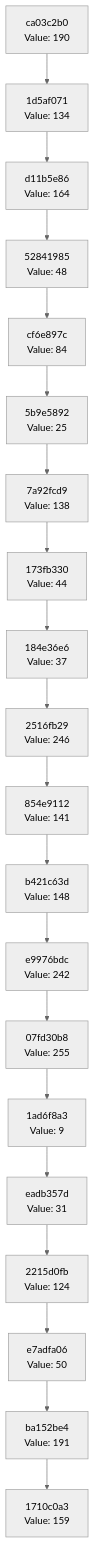
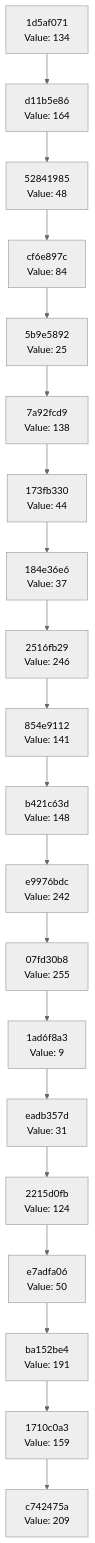
The diagram in docs/CHAIN_VISUALIZATION.md (Abhisheksinha1506/hash-chain-evolver), drawn with Mermaid (neutral theme) before and after one commit. The commit also changed 1 other file, not shown here.

Commit message:
Evolution Step

````diff
--- a/docs/CHAIN_VISUALIZATION.md
+++ b/docs/CHAIN_VISUALIZATION.md
@@ -3,42 +3,42 @@
 ```mermaid
 graph TD
-    C0["1710c0a3<br/>Value: 159"]
-    C1["ba152be4<br/>Value: 191"]
+    C0["c742475a<br/>Value: 209"]
+    C1["1710c0a3<br/>Value: 159"]
     C1 --> C0
-    C2["e7adfa06<br/>Value: 50"]
+    C2["ba152be4<br/>Value: 191"]
     C2 --> C1
-    C3["2215d0fb<br/>Value: 124"]
+    C3["e7adfa06<br/>Value: 50"]
     C3 --> C2
-    C4["eadb357d<br/>Value: 31"]
+    C4["2215d0fb<br/>Value: 124"]
     C4 --> C3
-    C5["1ad6f8a3<br/>Value: 9"]
+    C5["eadb357d<br/>Value: 31"]
     C5 --> C4
-    C6["07fd30b8<br/>Value: 255"]
+    C6["1ad6f8a3<br/>Value: 9"]
     C6 --> C5
-    C7["e9976bdc<br/>Value: 242"]
+    C7["07fd30b8<br/>Value: 255"]
     C7 --> C6
-    C8["b421c63d<br/>Value: 148"]
+    C8["e9976bdc<br/>Value: 242"]
     C8 --> C7
-    C9["854e9112<br/>Value: 141"]
+    C9["b421c63d<br/>Value: 148"]
     C9 --> C8
-    C10["2516fb29<br/>Value: 246"]
+    C10["854e9112<br/>Value: 141"]
     C10 --> C9
-    C11["184e36e6<br/>Value: 37"]
+    C11["2516fb29<br/>Value: 246"]
     C11 --> C10
-    C12["173fb330<br/>Value: 44"]
+    C12["184e36e6<br/>Value: 37"]
     C12 --> C11
-    C13["7a92fcd9<br/>Value: 138"]
+    C13["173fb330<br/>Value: 44"]
     C13 --> C12
-    C14["5b9e5892<br/>Value: 25"]
+    C14["7a92fcd9<br/>Value: 138"]
     C14 --> C13
-    C15["cf6e897c<br/>Value: 84"]
+    C15["5b9e5892<br/>Value: 25"]
     C15 --> C14
-    C16["52841985<br/>Value: 48"]
+    C16["cf6e897c<br/>Value: 84"]
     C16 --> C15
-    C17["d11b5e86<br/>Value: 164"]
+    C17["52841985<br/>Value: 48"]
     C17 --> C16
-    C18["1d5af071<br/>Value: 134"]
+    C18["d11b5e86<br/>Value: 164"]
     C18 --> C17
-    C19["ca03c2b0<br/>Value: 190"]
+    C19["1d5af071<br/>Value: 134"]
     C19 --> C18
 ```
````
